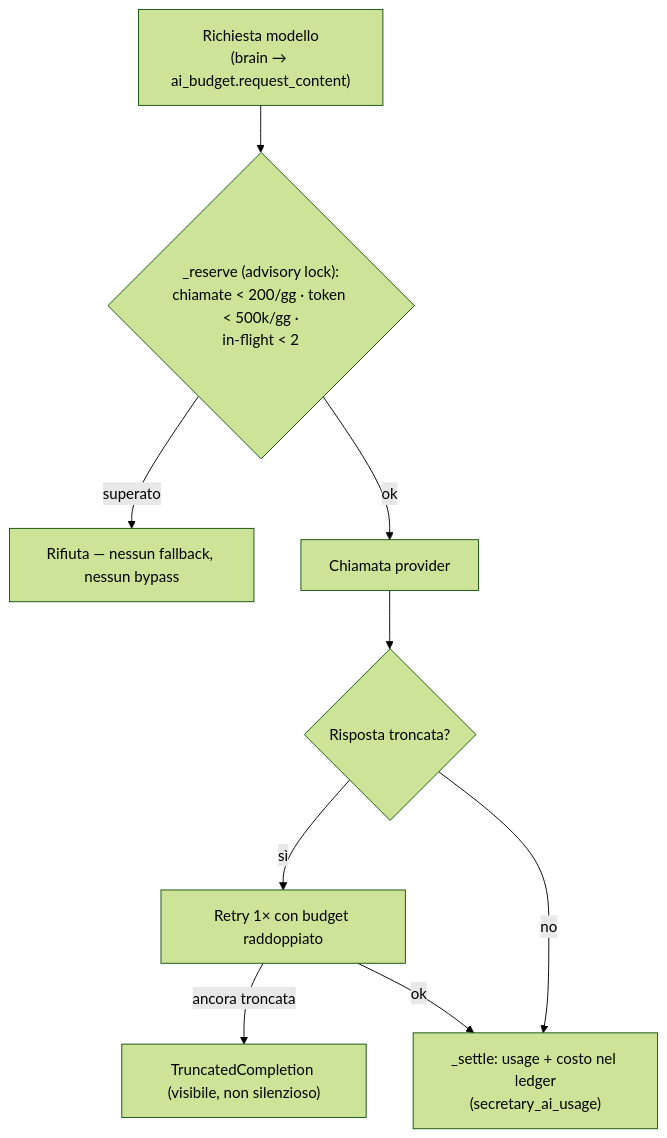
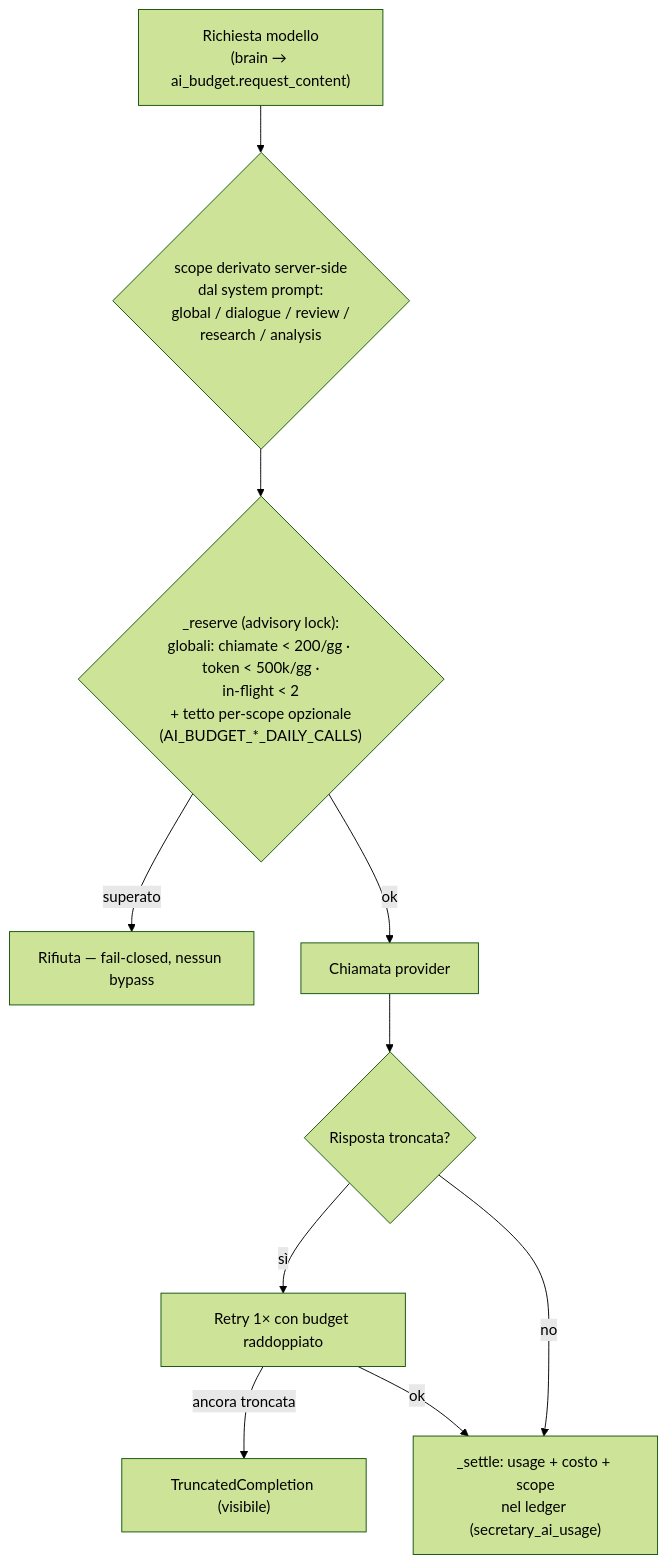
Diagram 14 of 16 in AGENT_FLOWS.md (Hypaz-AI/p-secretary), drawn with Mermaid (forest theme) before and after one commit. The commit also changed other lines of this file and 16 other files, not shown here.

````diff
--- a/AGENT_FLOWS.md
+++ b/AGENT_FLOWS.md
@@ -475,17 +539,18 @@
 ```mermaid
 flowchart TD
     REQ["Richiesta modello<br/>(brain → ai_budget.request_content)"]
-    LIM{"_reserve (advisory lock):<br/>chiamate < 200/gg · token < 500k/gg ·<br/>in-flight < 2"}
+    SCOPE{"scope derivato server-side<br/>dal system prompt:<br/>global / dialogue / review /<br/>research / analysis"}
+    LIM{"_reserve (advisory lock):<br/>globali: chiamate < 200/gg · token < 500k/gg ·<br/>in-flight < 2<br/>+ tetto per-scope opzionale<br/>(AI_BUDGET_*_DAILY_CALLS)"}
     CALL["Chiamata provider"]
     TRUNC{"Risposta troncata?"}
     RETRY["Retry 1× con budget raddoppiato"]
-    SETTLE["_settle: usage + costo nel ledger<br/>(secretary_ai_usage)"]
+    SETTLE["_settle: usage + costo + scope<br/>nel ledger (secretary_ai_usage)"]
 
-    REQ --> LIM
-    LIM -->|"superato"| FC["Rifiuta — nessun fallback, nessun bypass"]
+    REQ --> SCOPE --> LIM
+    LIM -->|"superato"| FC["Rifiuta — fail-closed, nessun bypass"]
     LIM -->|"ok"| CALL --> TRUNC
     TRUNC -->|"sì"| RETRY
-    RETRY -->|"ancora troncata"| TC["TruncatedCompletion (visibile, non silenzioso)"]
+    RETRY -->|"ancora troncata"| TC["TruncatedCompletion (visibile)"]
     TRUNC -->|"no"| SETTLE
     RETRY -->|"ok"| SETTLE
 ```
````
